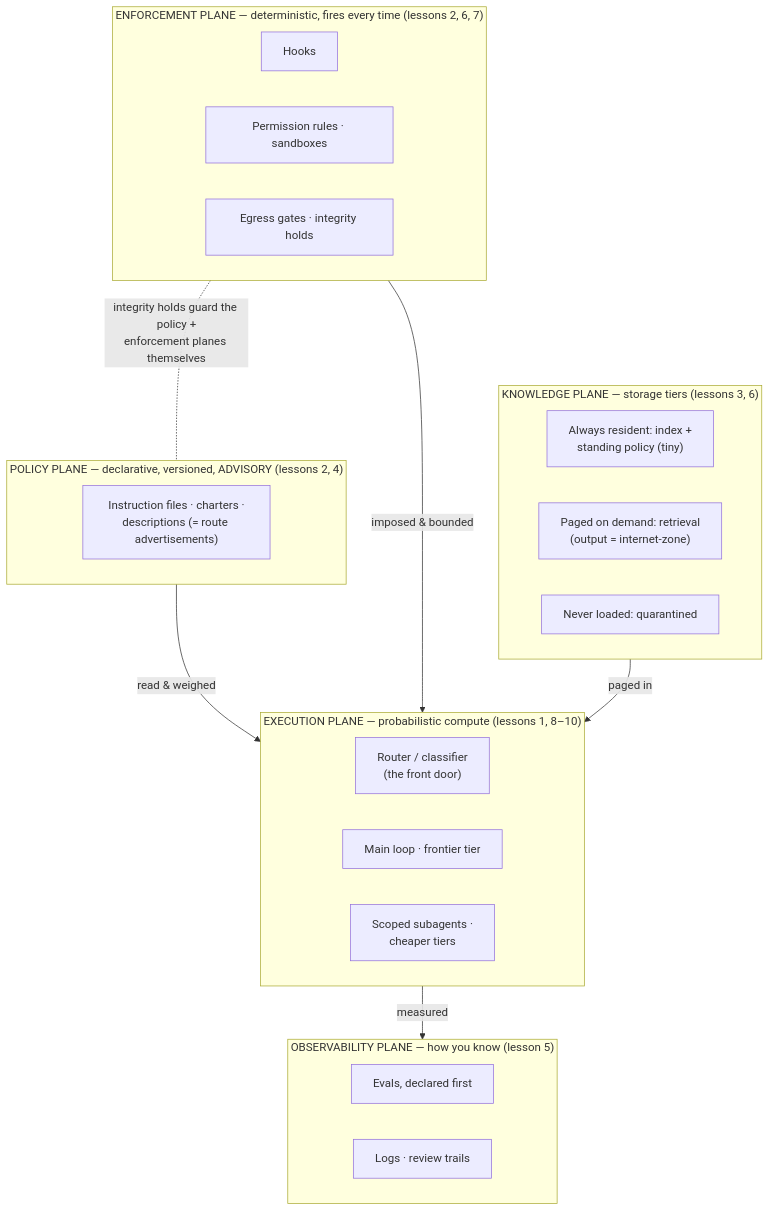
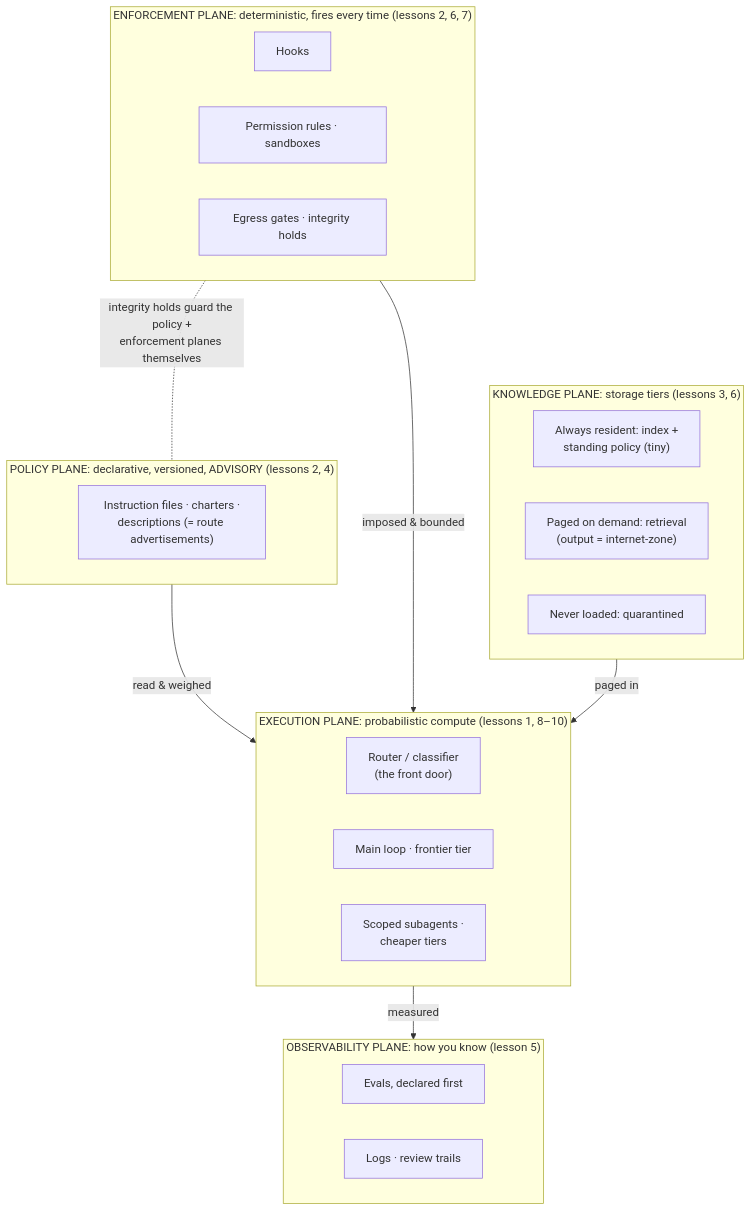
Before and after one commit to chorusse/agentic-estate: the first of 2 diagrams in guide/the-estate-map.md, drawn with Mermaid. The commit also changed other lines of this file and 3 other files, not shown here.

````diff
--- a/guide/the-estate-map.md
+++ b/guide/the-estate-map.md
@@ -11,30 +11,30 @@
 ```mermaid
 flowchart TB
-    subgraph pol["POLICY PLANE — declarative, versioned, ADVISORY (lessons 2, 4)"]
+    subgraph pol["POLICY PLANE: declarative, versioned, ADVISORY (lessons 2, 4)"]
         p1["Instruction files · charters ·<br/>descriptions (= route advertisements)"]
     end
-    subgraph enf["ENFORCEMENT PLANE — deterministic, fires every time (lessons 2, 6, 7)"]
+    subgraph enf["ENFORCEMENT PLANE: deterministic, fires every time (lessons 2, 6, 7)"]
         e1["Hooks"]
         e2["Permission rules · sandboxes"]
         e3["Egress gates · integrity holds"]
     end
-    subgraph exec["EXECUTION PLANE — probabilistic compute (lessons 1, 8–10)"]
+    subgraph exec["EXECUTION PLANE: probabilistic compute (lessons 1, 8–10)"]
         x1["Router / classifier<br/>(the front door)"]
         x2["Main loop · frontier tier"]
         x3["Scoped subagents ·<br/>cheaper tiers"]
     end
-    subgraph know["KNOWLEDGE PLANE — storage tiers (lessons 3, 6)"]
+    subgraph know["KNOWLEDGE PLANE: storage tiers (lessons 3, 6)"]
         k1["Always resident: index +<br/>standing policy (tiny)"]
         k2["Paged on demand: retrieval<br/>(output = internet-zone)"]
         k3["Never loaded: quarantined"]
     end
-    subgraph obs["OBSERVABILITY PLANE — how you know (lesson 5)"]
+    subgraph obs["OBSERVABILITY PLANE: how you know (lesson 5)"]
         o1["Evals, declared first"]
         o2["Logs · review trails"]
     end
     pol -- "read & weighed" --> exec
     enf -- "imposed & bounded" --> exec
     know -- "paged in" --> exec
     exec -- "measured" --> obs
     enf -. "integrity holds guard the policy +<br/>enforcement planes themselves" .- pol
 ```
````
